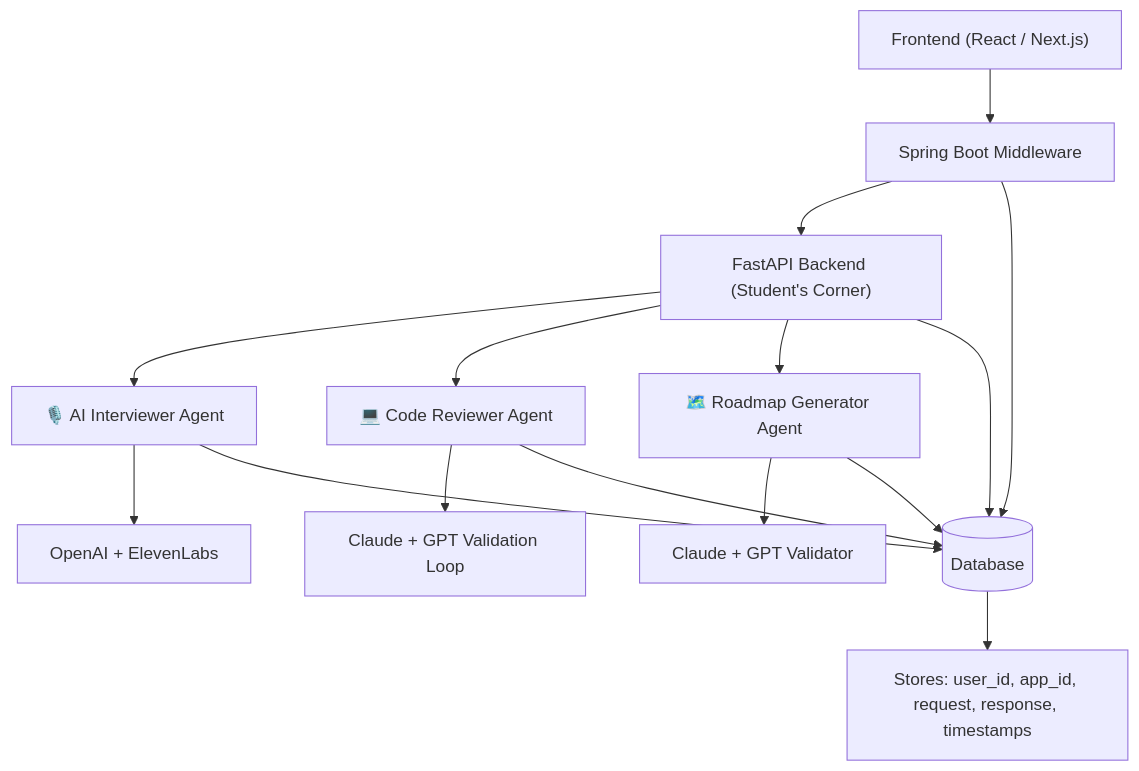
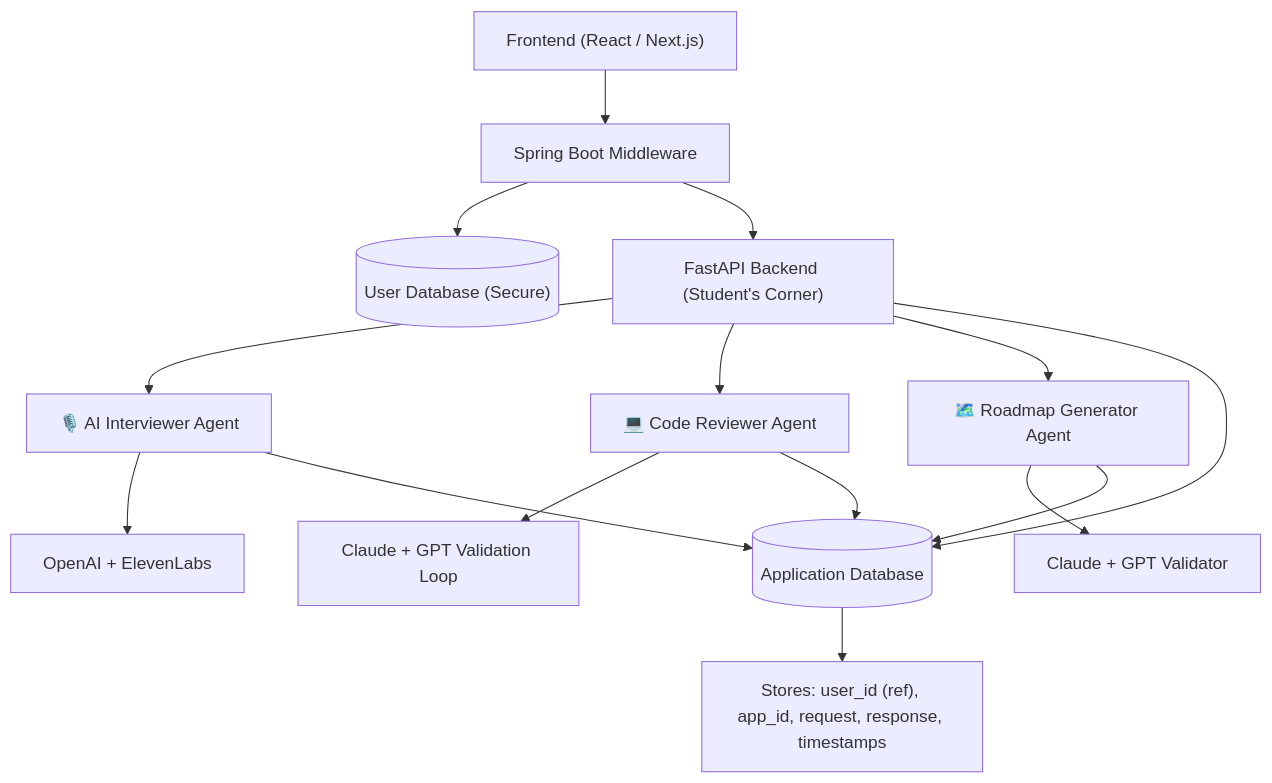
The diagram in README.md (ReversibleWizard/Student-Corner-Backend), drawn with Mermaid before and after one commit.

Commit message:
Revise flowchart in README for AI system architecture
Updated flowchart to reflect changes in database interactions and metadata storage.

````diff
--- a/README.md
+++ b/README.md
@@ -76,28 +76,29 @@
 ```mermaid
 flowchart TD
     A["Frontend (React / Next.js)"] --> B["Spring Boot Middleware"]
 
+    %% Middleware handles auth & user management
+    B --> M_DB[("User Database (Secure)")]
+    
+    %% Middleware forwards request to AI backend
     B --> C["FastAPI Backend (Student's Corner)"]
 
-    %% Agents
+    %% AI Agents
     C --> D1["🎙️ AI Interviewer Agent"]
     C --> D2["💻 Code Reviewer Agent"]
     C --> D3["🗺️ Roadmap Generator Agent"]
 
     %% External AI Services
     D1 --> E1["OpenAI + ElevenLabs"]
     D2 --> E2["Claude + GPT Validation Loop"]
     D3 --> E3["Claude + GPT Validator"]
 
-    %% Database interactions
-    B --> F[("Database")]
+    %% Application Data Database (ONLY AI interactions)
+    C --> A_DB[("Application Database")]
+    D1 --> A_DB
+    D2 --> A_DB
+    D3 --> A_DB
 
-    %% History Storage Flow
-    C --> F
-    D1 --> F
-    D2 --> F
-    D3 --> F
-
-    %% Metadata Note
-    F --> G["Stores: user_id, app_id, request, response, timestamps"]
+    %% Metadata Stored
+    A_DB --> G["Stores: user_id (ref), app_id, request, response, timestamps"]
 ```
````
